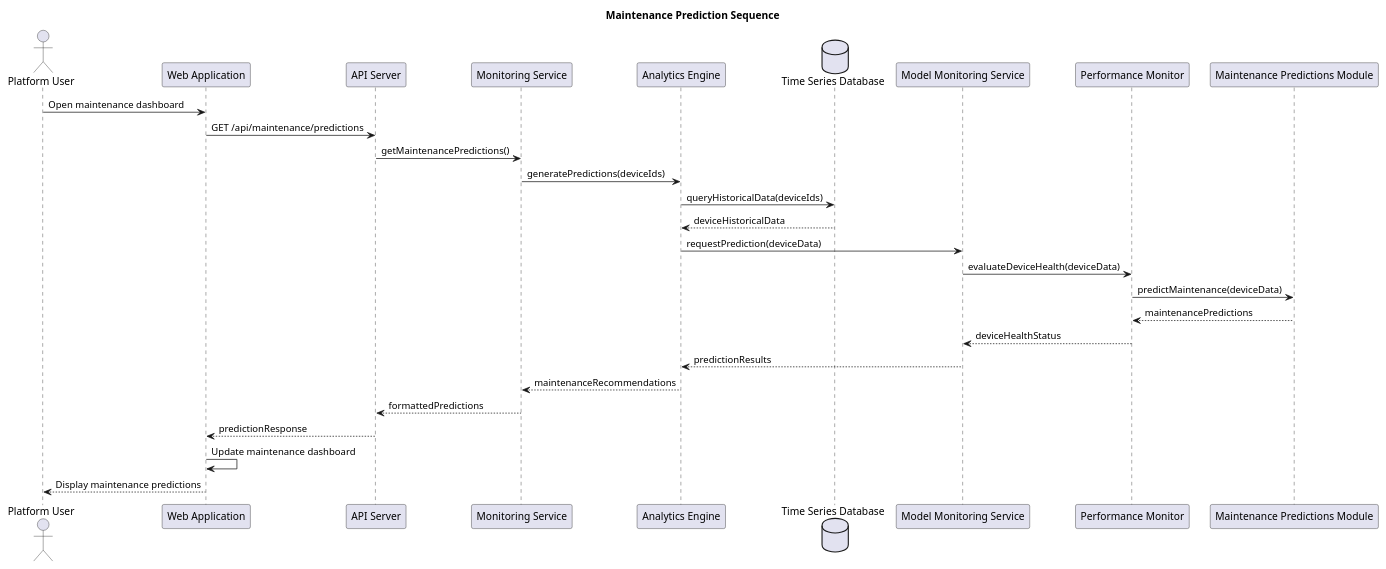
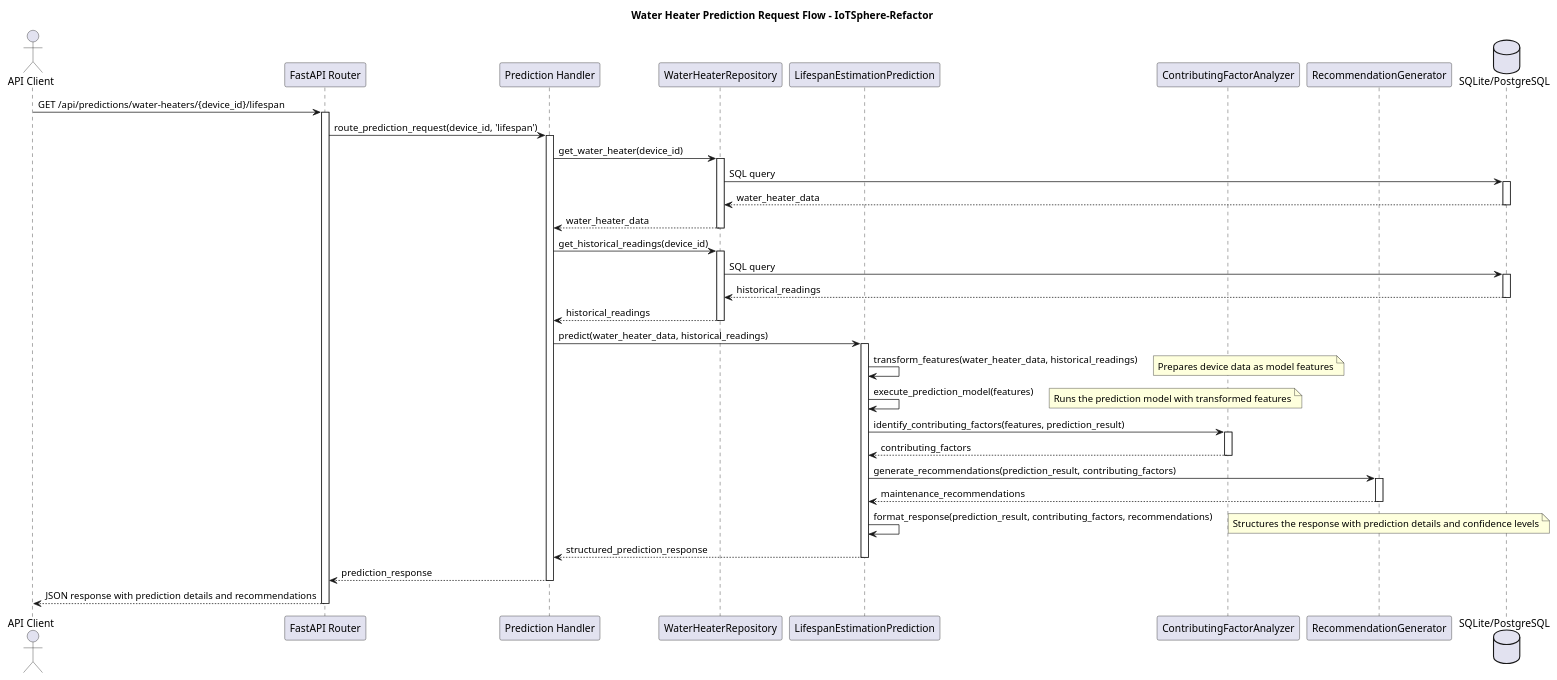
One commit to jamesenki/dashboards changed the diagram in docs/system-architecture/plantuml/sequence_maintenance_prediction.puml. Above: the diagram before and after it, drawn with PlantUML. The commit also changed 28 other files, not shown here.

```diff
--- a/docs/system-architecture/plantuml/sequence_maintenance_prediction.puml
+++ b/docs/system-architecture/plantuml/sequence_maintenance_prediction.puml
@@ -1,36 +1,68 @@
-@startuml Maintenance Prediction Sequence
-title "Maintenance Prediction Sequence"
+@startuml Water Heater Prediction Sequence
+title "Water Heater Prediction Request Flow - IoTSphere-Refactor"
 
-actor "Platform User" as user
-participant "Web Application" as webApp
-participant "API Server" as apiServer
-participant "Monitoring Service" as monitoringService
-participant "Analytics Engine" as analyticsEngine
-database "Time Series Database" as timeseriesDB
-participant "Model Monitoring Service" as modelMonitoring
-participant "Performance Monitor" as perfMonitor
-participant "Maintenance Predictions Module" as predictionModule
+actor "API Client" as client
+participant "FastAPI Router" as router
+participant "Prediction Handler" as handler
+participant "WaterHeaterRepository" as repository
+participant "LifespanEstimationPrediction" as lifespan
+participant "ContributingFactorAnalyzer" as factors
+participant "RecommendationGenerator" as recommendations
+database "SQLite/PostgreSQL" as database
 
-user -> webApp: Open maintenance dashboard
-webApp -> apiServer: GET /api/maintenance/predictions
-apiServer -> monitoringService: getMaintenancePredictions()
+client -> router: GET /api/predictions/water-heaters/{device_id}/lifespan
+activate router
 
-monitoringService -> analyticsEngine: generatePredictions(deviceIds)
-analyticsEngine -> timeseriesDB: queryHistoricalData(deviceIds)
-timeseriesDB --> analyticsEngine: deviceHistoricalData
-analyticsEngine -> modelMonitoring: requestPrediction(deviceData)
+router -> handler: route_prediction_request(device_id, 'lifespan')
+activate handler
 
-modelMonitoring -> perfMonitor: evaluateDeviceHealth(deviceData)
-perfMonitor -> predictionModule: predictMaintenance(deviceData)
-predictionModule --> perfMonitor: maintenancePredictions
-perfMonitor --> modelMonitoring: deviceHealthStatus
+handler -> repository: get_water_heater(device_id)
+activate repository
+repository -> database: SQL query
+activate database
+database --> repository: water_heater_data
+deactivate database
+repository --> handler: water_heater_data
+deactivate repository
 
-modelMonitoring --> analyticsEngine: predictionResults
-analyticsEngine --> monitoringService: maintenanceRecommendations
-monitoringService --> apiServer: formattedPredictions
-apiServer --> webApp: predictionResponse
+handler -> repository: get_historical_readings(device_id)
+activate repository
+repository -> database: SQL query
+activate database
+database --> repository: historical_readings
+deactivate database
+repository --> handler: historical_readings
+deactivate repository
 
-webApp -> webApp: Update maintenance dashboard
-webApp --> user: Display maintenance predictions
+handler -> lifespan: predict(water_heater_data, historical_readings)
+activate lifespan
+
+lifespan -> lifespan: transform_features(water_heater_data, historical_readings)
+note right: Prepares device data as model features
+
+lifespan -> lifespan: execute_prediction_model(features)
+note right: Runs the prediction model with transformed features
+
+lifespan -> factors: identify_contributing_factors(features, prediction_result)
+activate factors
+factors --> lifespan: contributing_factors
+deactivate factors
+
+lifespan -> recommendations: generate_recommendations(prediction_result, contributing_factors)
+activate recommendations
+recommendations --> lifespan: maintenance_recommendations
+deactivate recommendations
+
+lifespan -> lifespan: format_response(prediction_result, contributing_factors, recommendations)
+note right: Structures the response with prediction details and confidence levels
+
+lifespan --> handler: structured_prediction_response
+deactivate lifespan
+
+handler --> router: prediction_response
+deactivate handler
+
+router --> client: JSON response with prediction details and recommendations
+deactivate router
 
 @enduml
```
